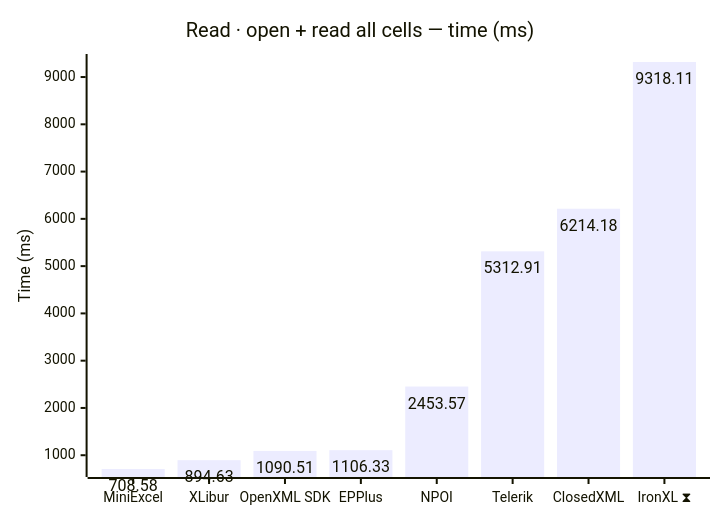
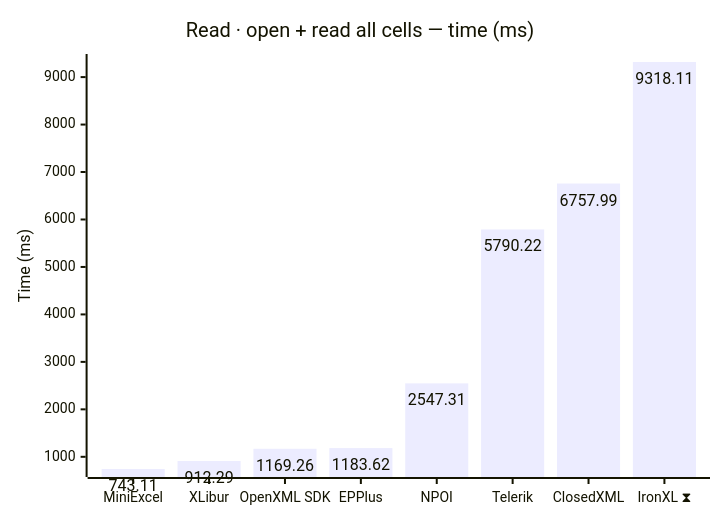
The third of 12 diagrams in docs/results.md (jafin/XLBench), drawn with Mermaid before and after one commit. The commit also changed other lines of this file and 2 other files, not shown here.

````diff
--- a/docs/results.md
+++ b/docs/results.md
@@ -66,12 +66,12 @@
 ```mermaid
 ---
 config:
   xyChart:
     showDataLabel: true
 ---
 xychart-beta
     title "Read · open + read all cells — time (ms)"
     x-axis ["MiniExcel", "XLibur", "OpenXML SDK", "EPPlus", "NPOI", "Telerik", "ClosedXML", "IronXL ⧗"]
     y-axis "Time (ms)"
-    bar [708.58, 894.63, 1090.51, 1106.33, 2453.57, 5312.91, 6214.18, 9318.11]
+    bar [743.11, 912.29, 1169.26, 1183.62, 2547.31, 5790.22, 6757.99, 9318.11]
 ```
````
